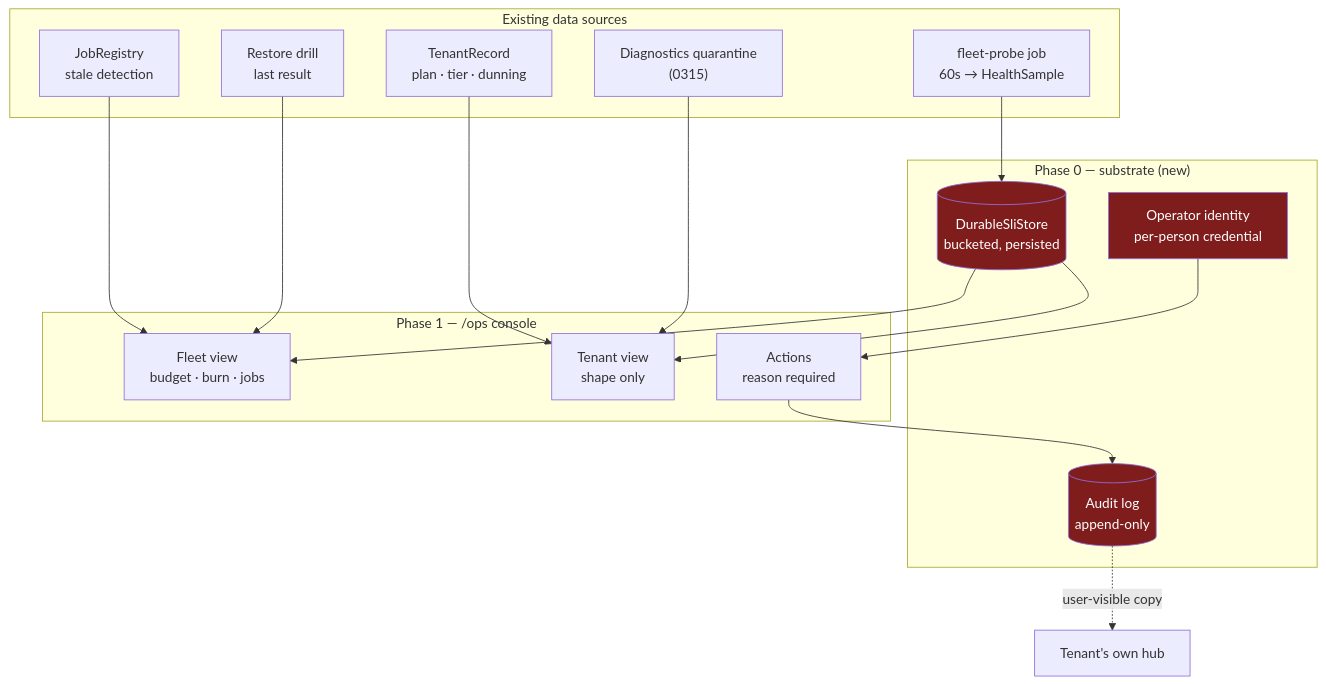
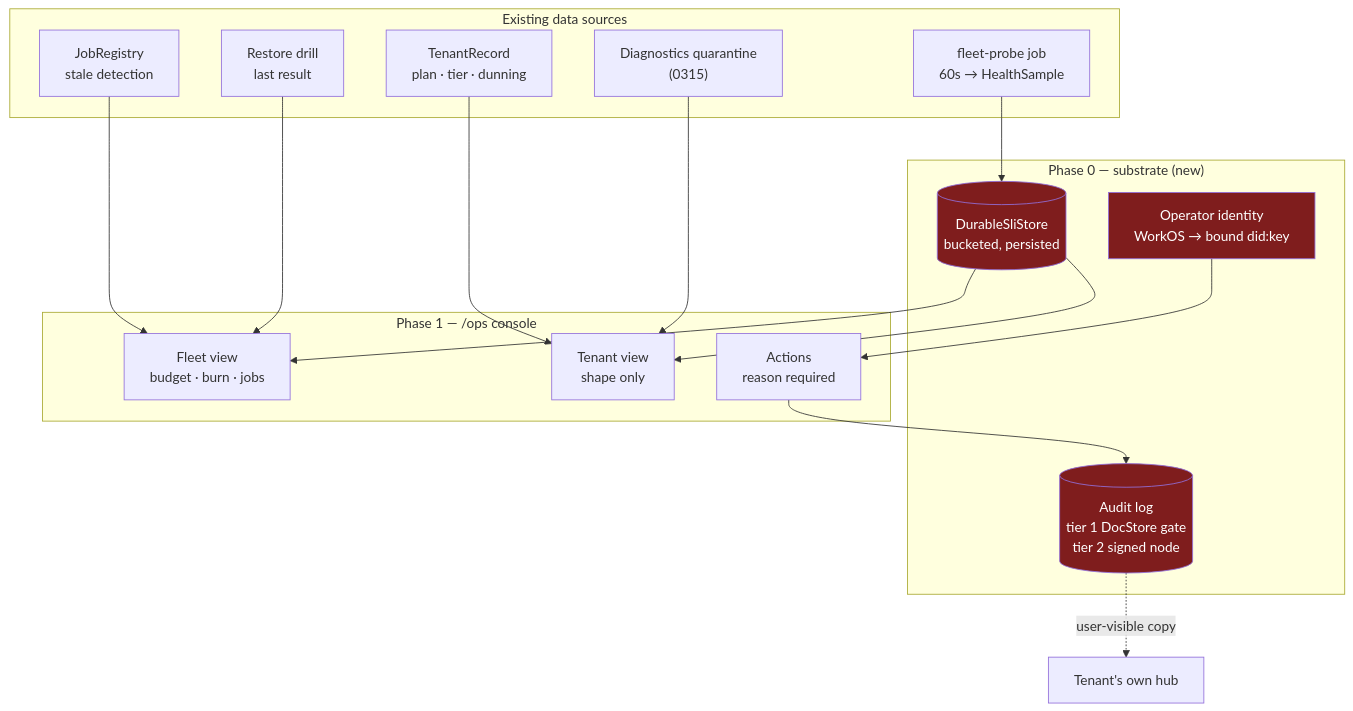
One commit to crs48/xNet changed the first of 6 diagrams in docs/explorations/0431_[_]_XNET_CLOUD_OPERATOR_CONSOLE_SRE_AND_SUPPORT.md. Above: the diagram before and after it, drawn with Mermaid. The commit also changed other lines of this file and 1 other file, not shown here.

First line of the commit message:
docs(exploration): run the 0431 operator console on xNet and @xnetjs/ui

````diff
--- a/docs/explorations/0431_[_]_XNET_CLOUD_OPERATOR_CONSOLE_SRE_AND_SUPPORT.md
+++ b/docs/explorations/0431_[_]_XNET_CLOUD_OPERATOR_CONSOLE_SRE_AND_SUPPORT.md
@@ -310,37 +315,37 @@
 ```mermaid
 flowchart TB
   subgraph Sources["Existing data sources"]
     P["fleet-probe job<br/>60s → HealthSample"]
     J["JobRegistry<br/>stale detection"]
     R["TenantRecord<br/>plan · tier · dunning"]
     D["Diagnostics quarantine<br/>(0315)"]
     B["Restore drill<br/>last result"]
   end
 
   subgraph Phase0["Phase 0 — substrate (new)"]
     DS[("DurableSliStore<br/>bucketed, persisted")]
-    OI["Operator identity<br/>per-person credential"]
-    AL[("Audit log<br/>append-only")]
+    OI["Operator identity<br/>WorkOS → bound did:key"]
+    AL[("Audit log<br/>tier 1 DocStore gate<br/>tier 2 signed node")]
   end
 
   subgraph Phase1["Phase 1 — /ops console"]
     F["Fleet view<br/>budget · burn · jobs"]
     T["Tenant view<br/>shape only"]
     A["Actions<br/>reason required"]
   end
 
   P --> DS
   J --> F
   R --> T
   D --> T
   B --> F
   DS --> F
   DS --> T
   OI --> A
   A --> AL
   AL -.->|"user-visible copy"| U["Tenant's own hub"]
 
   style DS fill:#7f1d1d,color:#fff
   style OI fill:#7f1d1d,color:#fff
   style AL fill:#7f1d1d,color:#fff
 ```
````
